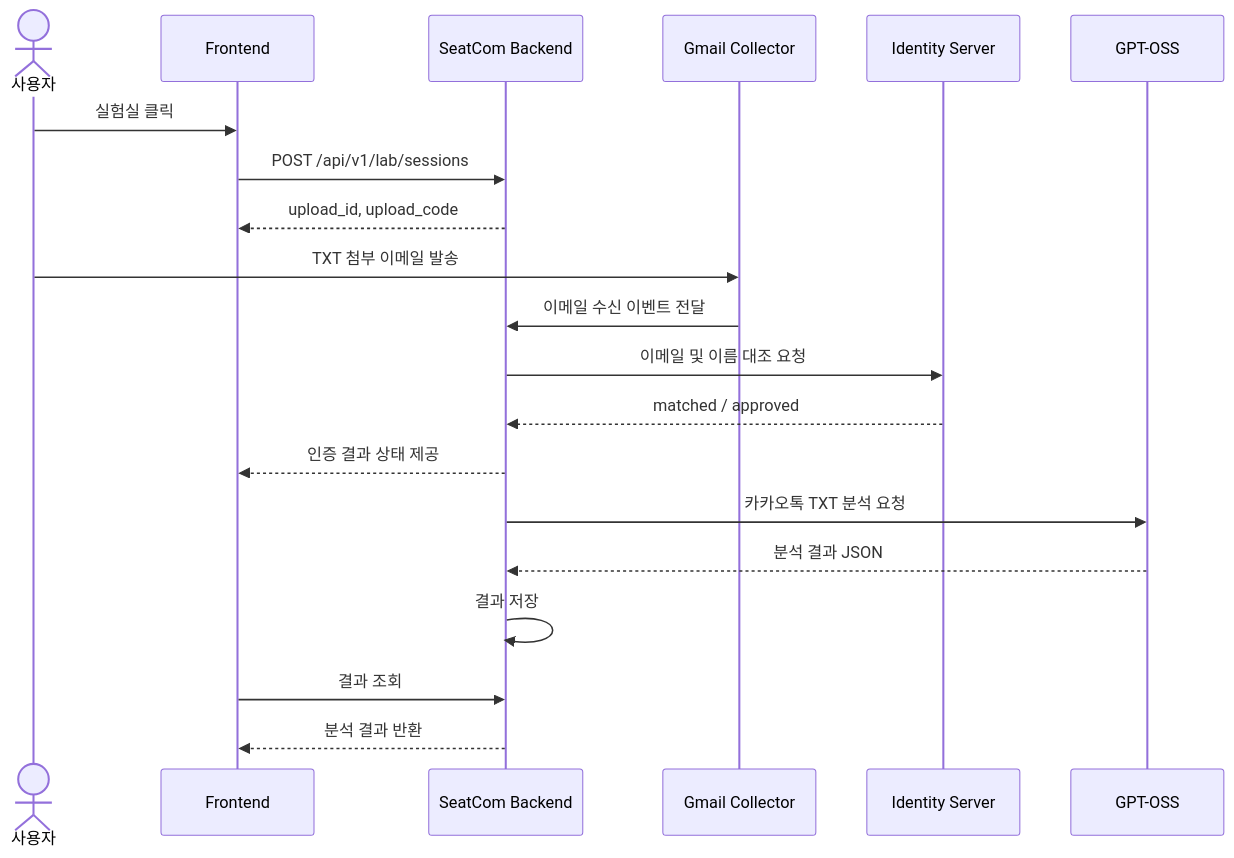
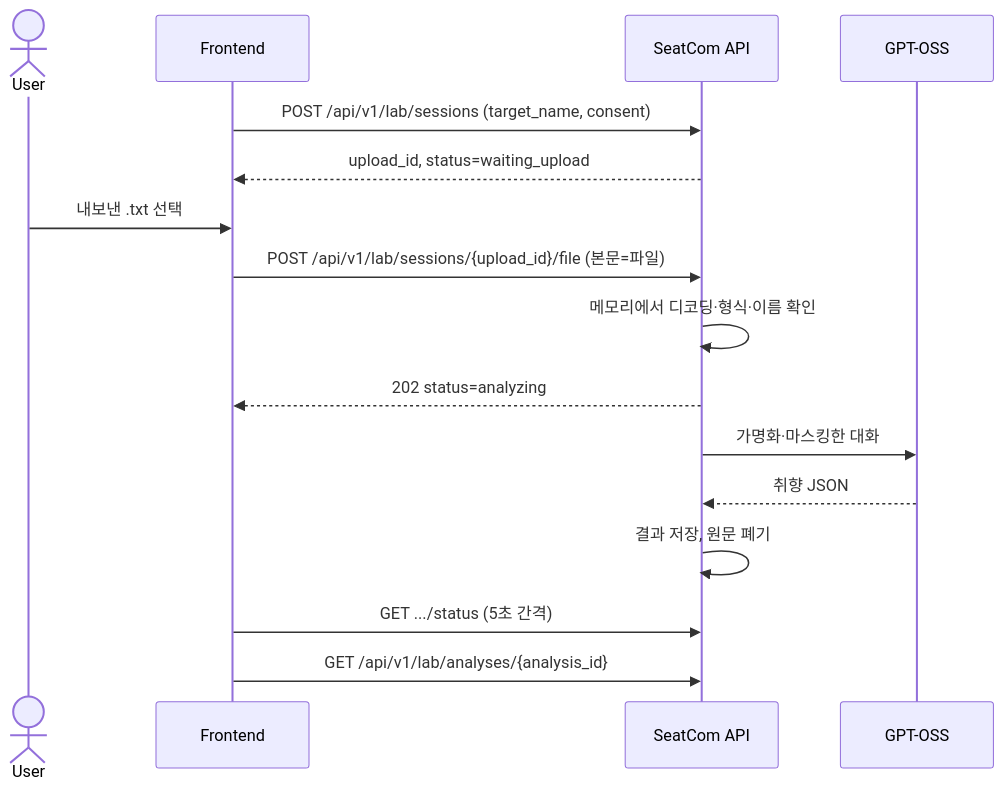
Before and after one commit to yojun313/2026-IST-TECH-SeatCom-Model: the second of 2 diagrams in backend/docs/API_SPEC_v2.1.md, drawn with Mermaid. The commit also changed other lines of this file and 97 other files, not shown here.

First line of the commit message:
refactor auth and docs for web‑only Kakao lab, drop Gmail config

````diff
--- a/backend/docs/API_SPEC_v2.1.md
+++ b/backend/docs/API_SPEC_v2.1.md
@@ -667,28 +656,18 @@
 ```mermaid
 sequenceDiagram
-    actor User as 사용자
+    actor User
     participant FE as Frontend
-    participant API as SeatCom Backend
-    participant Gmail as Gmail Collector
-    participant Identity as Identity Server
+    participant API as SeatCom API
     participant AI as GPT-OSS
-
-    User->>FE: 실험실 클릭
-    FE->>API: POST /api/v1/lab/sessions
-    API-->>FE: upload_id, upload_code
-
-    User->>Gmail: TXT 첨부 이메일 발송
-    Gmail->>API: 이메일 수신 이벤트 전달
-
-    API->>Identity: 이메일 및 이름 대조 요청
-    Identity-->>API: matched / approved
-
-    API-->>FE: 인증 결과 상태 제공
-
-    API->>AI: 카카오톡 TXT 분석 요청
-    AI-->>API: 분석 결과 JSON
-
-    API->>API: 결과 저장
-    FE->>API: 결과 조회
-    API-->>FE: 분석 결과 반환
+    FE->>API: POST /api/v1/lab/sessions (target_name, consent)
+    API-->>FE: upload_id, status=waiting_upload
+    User->>FE: 내보낸 .txt 선택
+    FE->>API: POST /api/v1/lab/sessions/{upload_id}/file (본문=파일)
+    API->>API: 메모리에서 디코딩·형식·이름 확인
+    API-->>FE: 202 status=analyzing
+    API->>AI: 가명화·마스킹한 대화
+    AI-->>API: 취향 JSON
+    API->>API: 결과 저장, 원문 폐기
+    FE->>API: GET .../status (5초 간격)
+    FE->>API: GET /api/v1/lab/analyses/{analysis_id}
 ```
````
